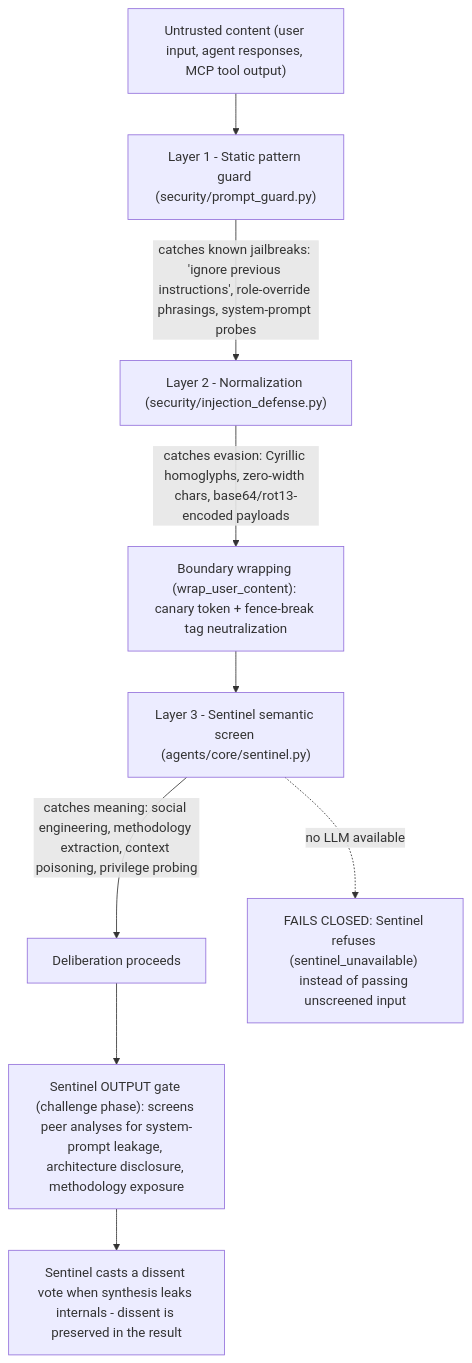
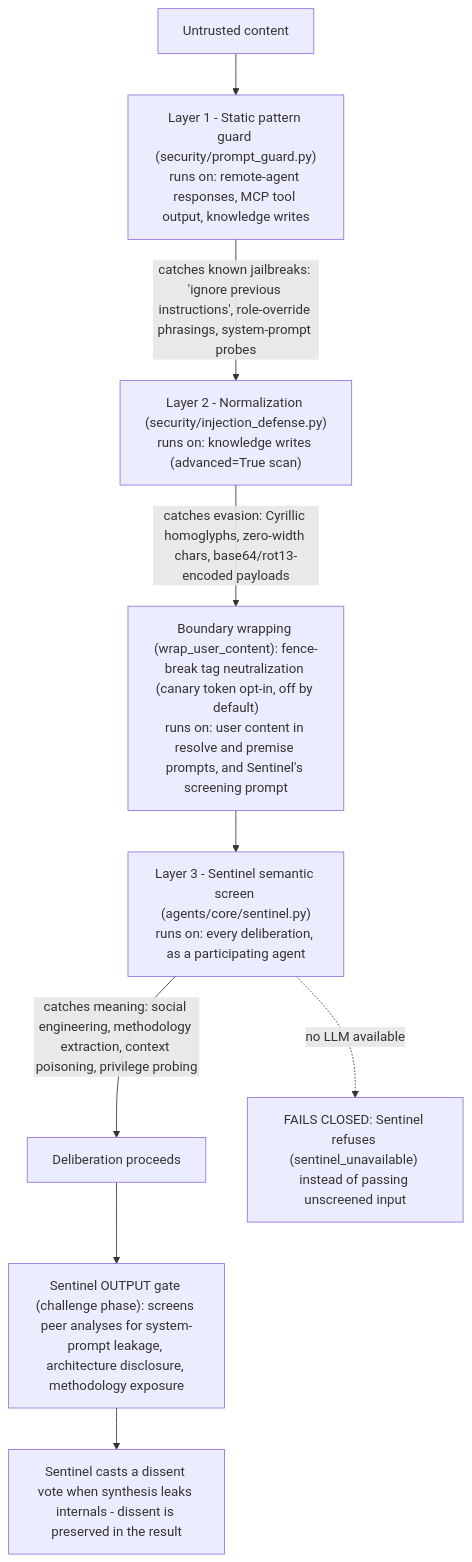
Before and after one commit to KangaKode/aiscaffold: the second of 3 diagrams in docs/SECURITY_MODEL.md, drawn with Mermaid. The commit also changed other lines of this file and 14 other files, not shown here.

````diff
--- a/docs/SECURITY_MODEL.md
+++ b/docs/SECURITY_MODEL.md
@@ -33,11 +33,11 @@
 ```mermaid
 flowchart TD
-    Input["Untrusted content (user input, agent responses, MCP tool output)"] --> L1["Layer 1 - Static pattern guard (security/prompt_guard.py)"]
-    L1 -->|"catches known jailbreaks: 'ignore previous instructions', role-override phrasings, system-prompt probes"| L2["Layer 2 - Normalization (security/injection_defense.py)"]
-    L2 -->|"catches evasion: Cyrillic homoglyphs, zero-width chars, base64/rot13-encoded payloads"| Wrap["Boundary wrapping (wrap_user_content): canary token + fence-break tag neutralization"]
-    Wrap --> L3["Layer 3 - Sentinel semantic screen (agents/core/sentinel.py)"]
+    Input["Untrusted content"] --> L1["Layer 1 - Static pattern guard (security/prompt_guard.py)<br/>runs on: remote-agent responses, MCP tool output, knowledge writes"]
+    L1 -->|"catches known jailbreaks: 'ignore previous instructions', role-override phrasings, system-prompt probes"| L2["Layer 2 - Normalization (security/injection_defense.py)<br/>runs on: knowledge writes (advanced=True scan)"]
+    L2 -->|"catches evasion: Cyrillic homoglyphs, zero-width chars, base64/rot13-encoded payloads"| Wrap["Boundary wrapping (wrap_user_content): fence-break tag neutralization (canary token opt-in, off by default)<br/>runs on: user content in resolve and premise prompts, and Sentinel's screening prompt"]
+    Wrap --> L3["Layer 3 - Sentinel semantic screen (agents/core/sentinel.py)<br/>runs on: every deliberation, as a participating agent"]
     L3 -->|"catches meaning: social engineering, methodology extraction, context poisoning, privilege probing"| Delib["Deliberation proceeds"]
     L3 -.->|"no LLM available"| Closed["FAILS CLOSED: Sentinel refuses (sentinel_unavailable) instead of passing unscreened input"]
     Delib --> OutGate["Sentinel OUTPUT gate (challenge phase): screens peer analyses for system-prompt leakage, architecture disclosure, methodology exposure"]
     OutGate --> Vote["Sentinel casts a dissent vote when synthesis leaks internals - dissent is preserved in the result"]
 ```
````
